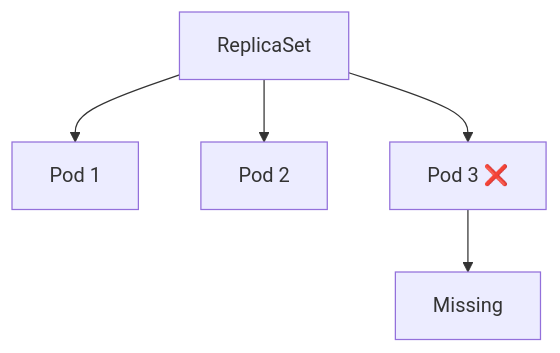
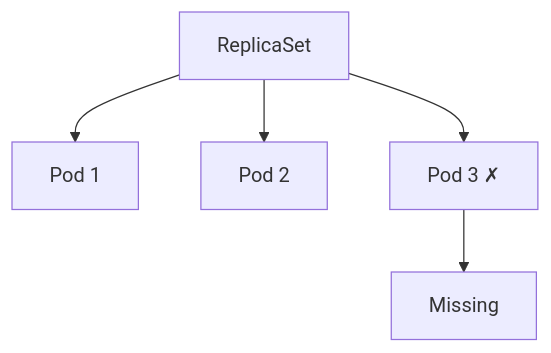
The fifth of 43 diagrams in content/container-orchestration/kubernetes/replicaset-fundamentals.md (mustafammasoud/ops-handbook), drawn with Mermaid before and after one commit. The commit also changed other lines of this file and 2 other files, not shown here.

````diff
--- a/content/container-orchestration/kubernetes/replicaset-fundamentals.md
+++ b/content/container-orchestration/kubernetes/replicaset-fundamentals.md
@@ -87,10 +87,10 @@
 ```mermaid
 flowchart TB
     R["ReplicaSet"]
 
     R --> P1["Pod 1"]
     R --> P2["Pod 2"]
-    R --> P3["Pod 3 ❌"]
+    R --> P3["Pod 3 ✗"]
 
     P3 --> M["Missing"]
 ```
````
